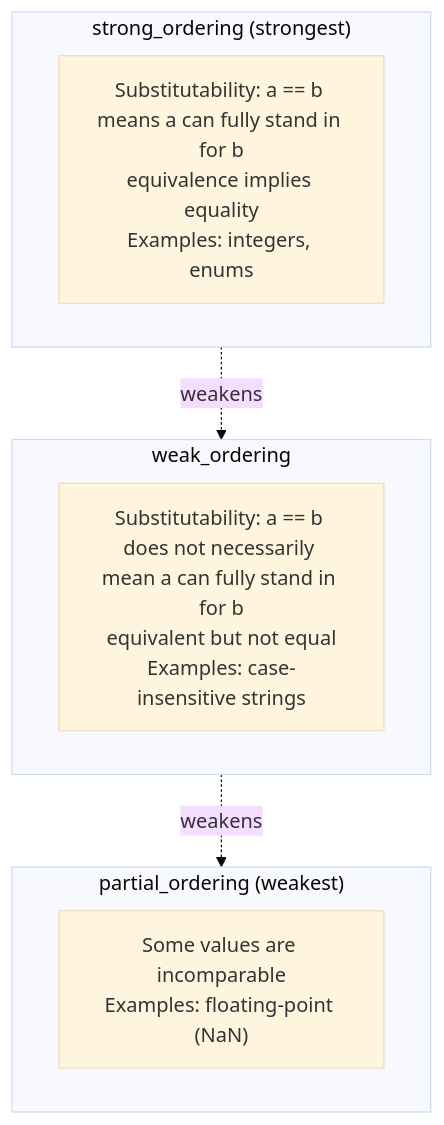
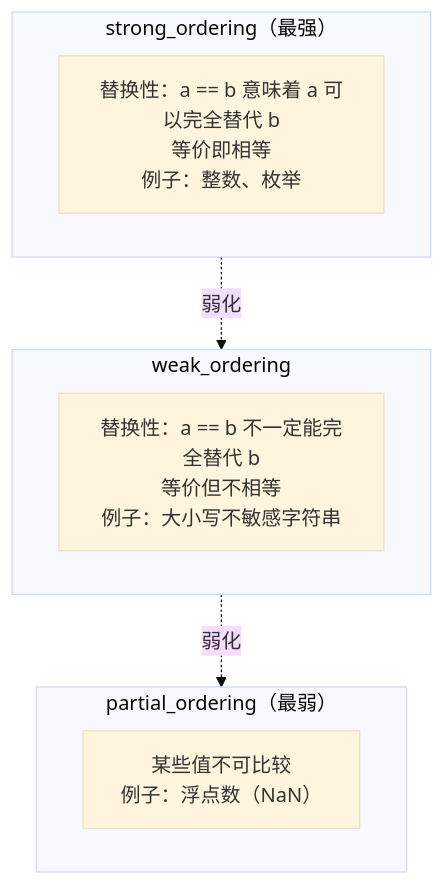
The diagram in documents/en/vol4-advanced/05-spaceship-operator.md (Awesome-Embedded-Learning-Studio/Tutorial_AwesomeModernCPP), drawn with Mermaid (base theme) before and after one commit. The commit also changed other lines of this file and 749 other files, not shown here.

````diff
--- a/documents/en/vol4-advanced/05-spaceship-operator.md
+++ b/documents/en/vol4-advanced/05-spaceship-operator.md
@@ -423,15 +423,15 @@
 ```mermaid
 graph TD
-    subgraph strong["strong_ordering (strongest)"]
-        strong_props["Substitutability: a == b means a can fully stand in for b<br/>equivalence implies equality<br/>Examples: integers, enums"]
+    subgraph strong["strong_ordering（最强）"]
+        strong_props["替换性：a == b 意味着 a 可以完全替代 b<br/>等价即相等<br/>例子：整数、枚举"]
     end
     subgraph weak["weak_ordering"]
-        weak_props["Substitutability: a == b does not necessarily mean a can fully stand in for b<br/>equivalent but not equal<br/>Examples: case-insensitive strings"]
+        weak_props["替换性：a == b 不一定能完全替代 b<br/>等价但不相等<br/>例子：大小写不敏感字符串"]
     end
-    subgraph partial["partial_ordering (weakest)"]
-        partial_props["Some values are incomparable<br/>Examples: floating-point (NaN)"]
+    subgraph partial["partial_ordering（最弱）"]
+        partial_props["某些值不可比较<br/>例子：浮点数（NaN）"]
     end
 
-    strong -.->|weakens| weak
-    weak -.->|weakens| partial
+    strong -.->|弱化| weak
+    weak -.->|弱化| partial
 ```
````
